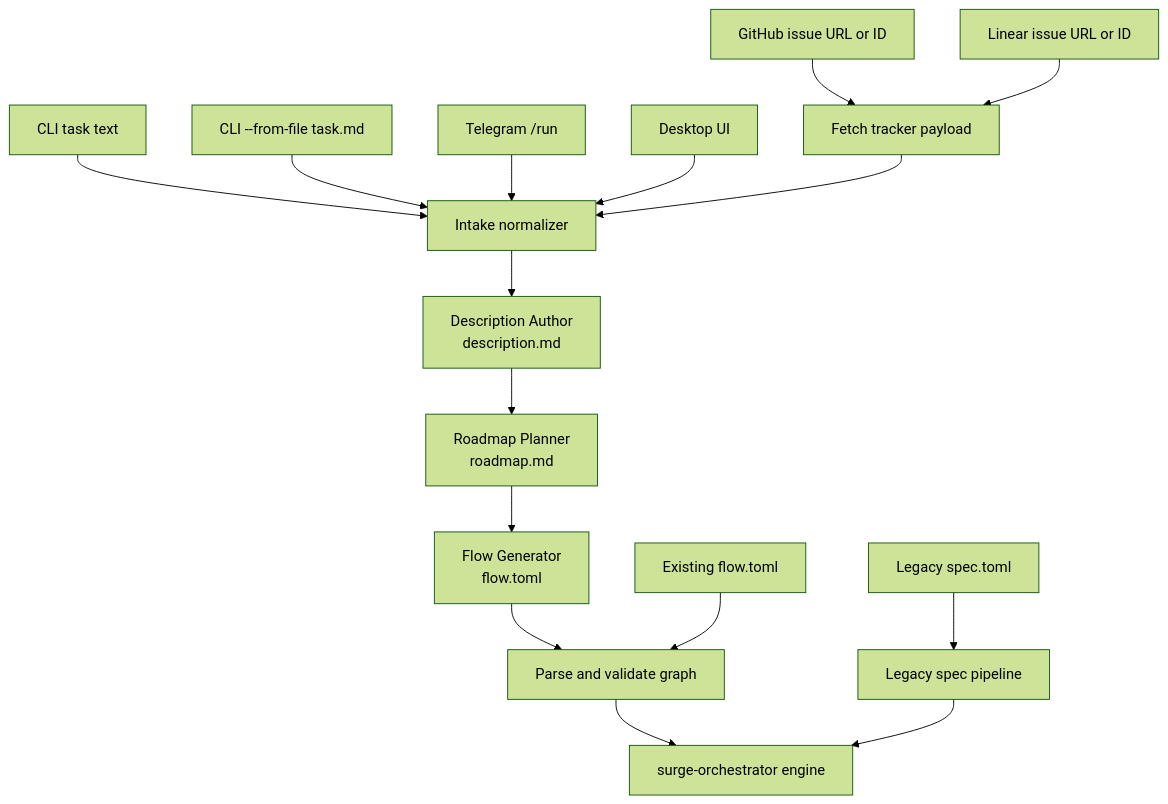
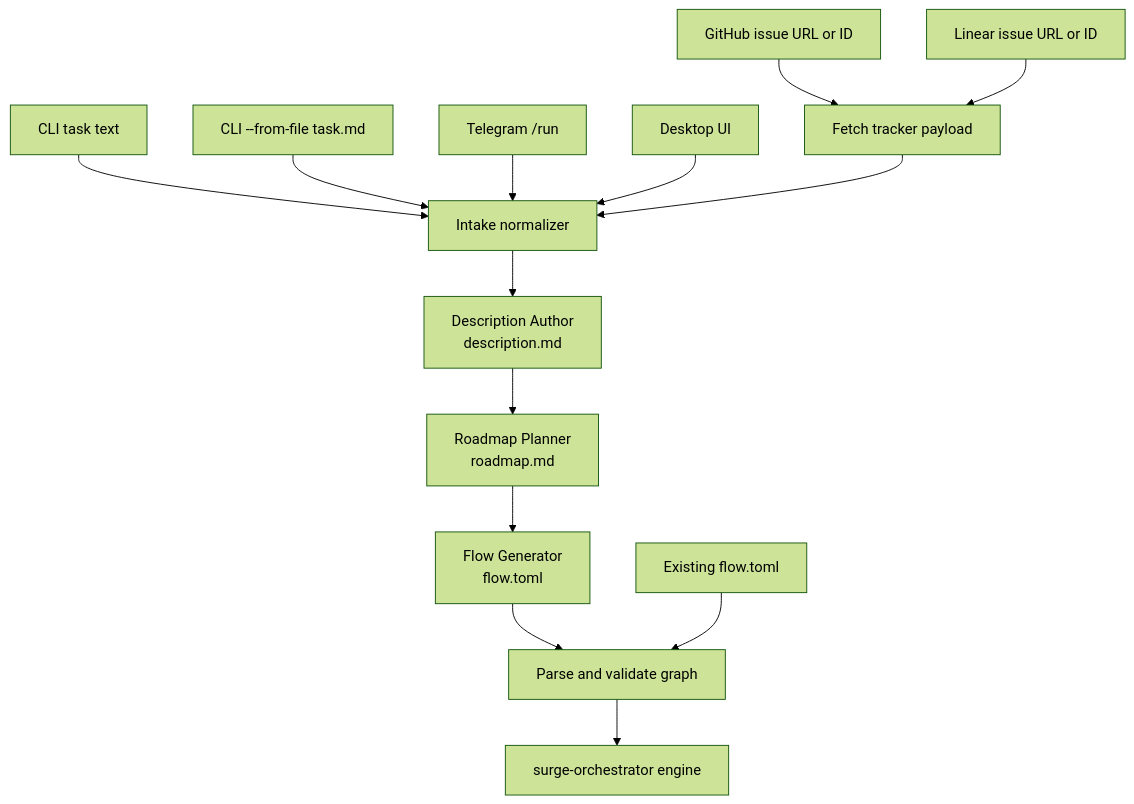
One commit to vanyastaff/surge changed the fourth of 8 diagrams in docs/workflow.md. Above: the diagram before and after it, drawn with Mermaid (forest theme). The commit also changed other lines of this file and 69 other files, not shown here.

First line of the commit message:
Retire legacy spec pipeline (#61)

````diff
--- a/docs/workflow.md
+++ b/docs/workflow.md
@@ -166,38 +166,34 @@
 ```mermaid
 flowchart TD
     CliText[CLI task text]
     CliFile[CLI --from-file task.md]
     Telegram[Telegram /run]
     UI[Desktop UI]
     GitHub[GitHub issue URL or ID]
     Linear[Linear issue URL or ID]
     ExistingFlow[Existing flow.toml]
-    LegacySpec[Legacy spec.toml]
 
     TrackerFetch[Fetch tracker payload]
     Intake[Intake normalizer]
     Description[Description Author<br/>description.md]
     Roadmap[Roadmap Planner<br/>roadmap.md]
     FlowGenerator[Flow Generator<br/>flow.toml]
     Validate[Parse and validate graph]
     Engine[surge-orchestrator engine]
-    Legacy[Legacy spec pipeline]
 
     CliText --> Intake
     CliFile --> Intake
     Telegram --> Intake
     UI --> Intake
     GitHub --> TrackerFetch
     Linear --> TrackerFetch
     TrackerFetch --> Intake
 
     Intake --> Description
     Description --> Roadmap
     Roadmap --> FlowGenerator
     FlowGenerator --> Validate
 
     ExistingFlow --> Validate
-    LegacySpec --> Legacy
     Validate --> Engine
-    Legacy --> Engine
 ```
````
